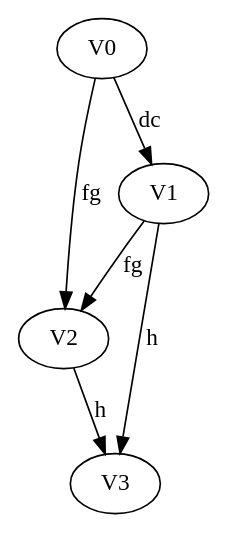
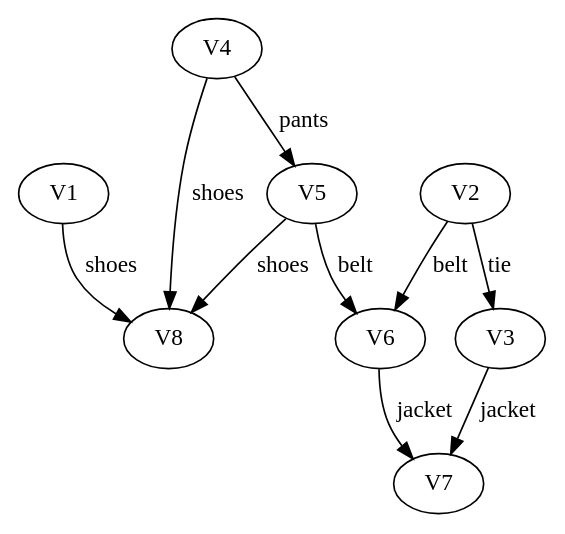
One commit to ermsharo/EP_GRAFO_PONDERADO changed the diagram in Grafo.dot. Above: the diagram before and after it, drawn with Graphviz. The commit also changed 56 other files, not shown here.

```diff
--- a/Grafo.dot
+++ b/Grafo.dot
@@ -1,8 +1,12 @@
 digraph{
-V0 -> V2[label=fg]; 
- V0 -> V1[label=dc]; 
- V1 -> V2[label=fg]; 
- V1 -> V3[label=h]; 
- V2 -> V3[label=h]; 
+V1 -> V8[label=shoes]; 
+ V2 -> V6[label=belt]; 
+ V2 -> V3[label=tie]; 
+ V3 -> V7[label=jacket]; 
+ V4 -> V5[label=pants]; 
+ V4 -> V8[label=shoes]; 
+ V5 -> V6[label=belt]; 
+ V5 -> V8[label=shoes]; 
+ V6 -> V7[label=jacket]; 
   
 }
```
